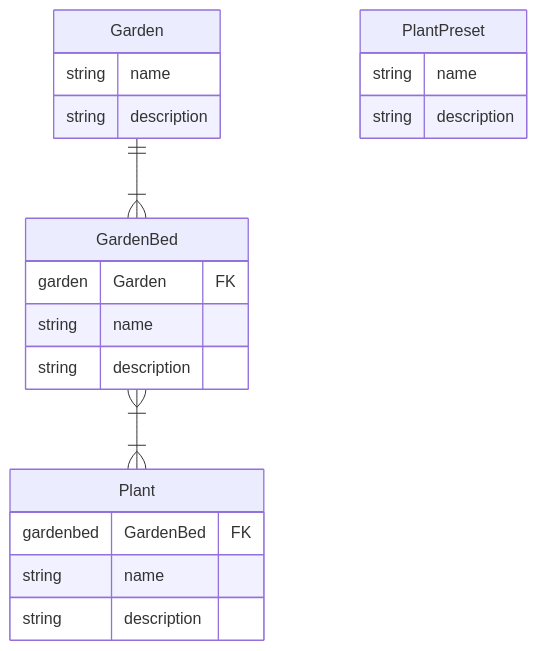
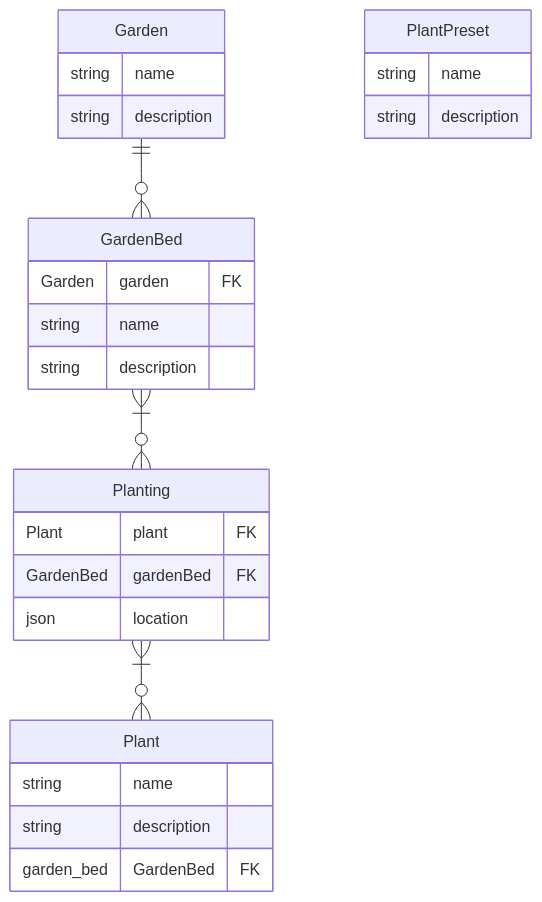
Before and after one commit to LeskoIam/GMS: the diagram in gms_app/models.md, drawn with Mermaid. The commit also changed 2 other files, not shown here.

Commit message:
Updated docs (README.md, models.md, ideas.md).

````diff
--- a/gms_app/models.md
+++ b/gms_app/models.md
@@ -1,24 +1,30 @@
 ```mermaid
 erDiagram
     Garden {
         string name
         string description
     }
     GardenBed {
-        garden Garden FK
+        Garden garden FK
         string name
         string description
     }
     Plant {
-        gardenbed GardenBed FK
         string name
         string description
+        garden_bed GardenBed FK
+    }
+    Planting {
+        Plant plant FK
+        GardenBed gardenBed FK
+        json location
     }
     PlantPreset {
         string name
         string description
     }
 
-    Garden ||--|{ GardenBed: ""
-    GardenBed }|--|{ Plant: ""
+    Garden ||--o{ GardenBed: ""
+    GardenBed }|--o{ Planting: ""
+    Planting }|--o{ Plant: ""
 ```
````
